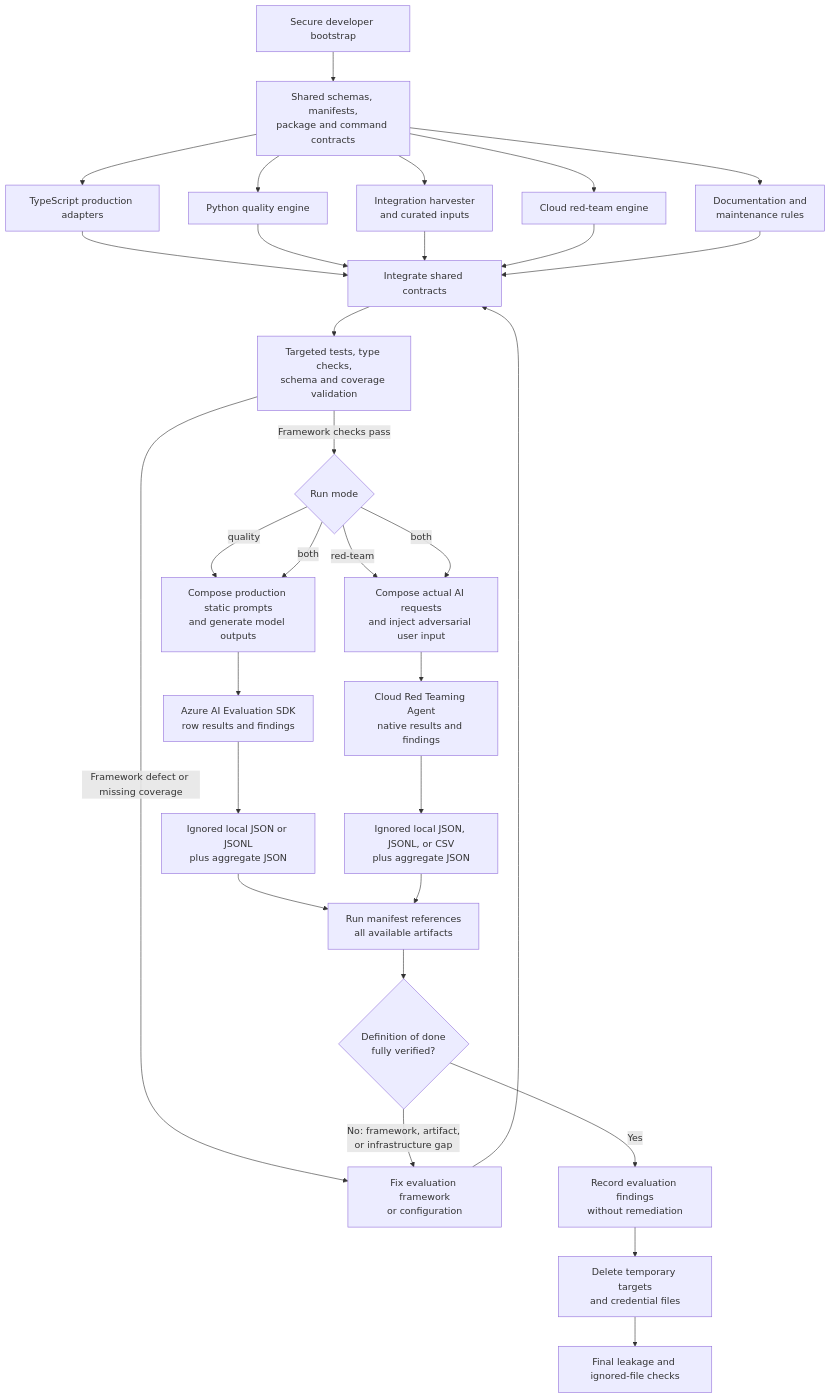
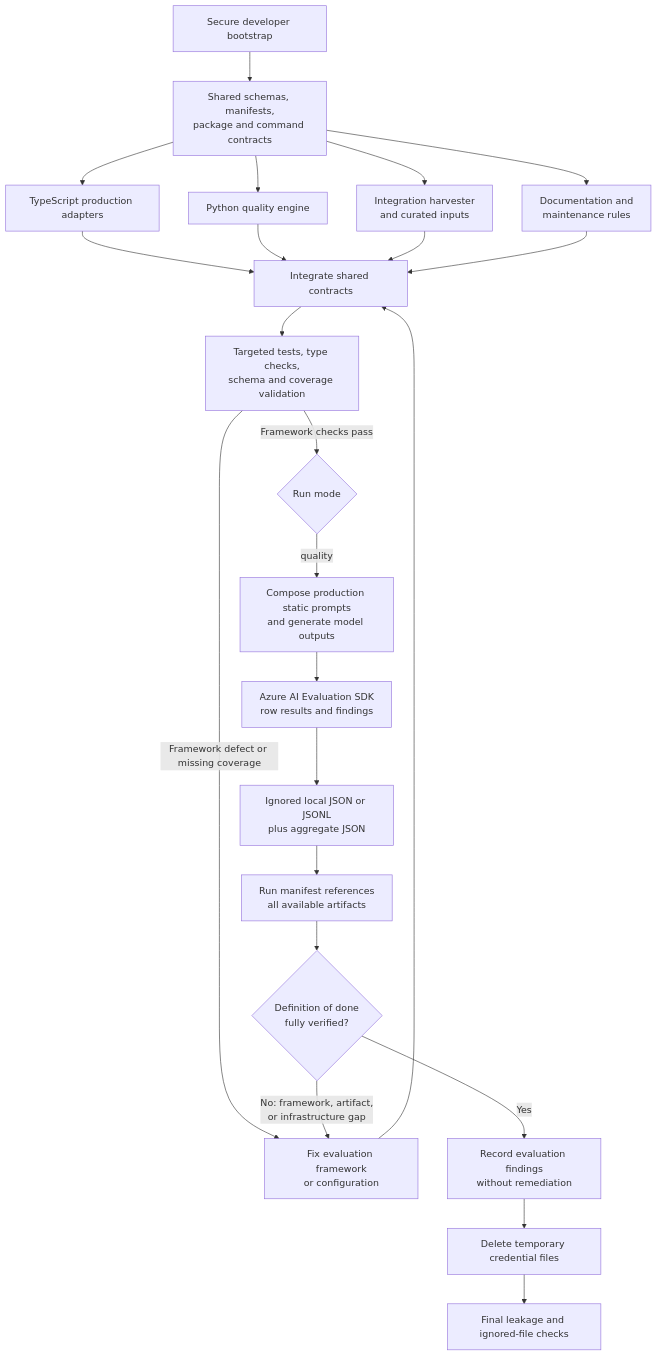
The diagram in docs/architecture/prompt-evaluations.md (cedricvidal/scope), drawn with Mermaid before and after one commit. The commit also changed other lines of this file and 4 other files, not shown here.

First line of the commit message:
docs(evals): document quality-only scope after red-team extraction

````diff
--- a/docs/architecture/prompt-evaluations.md
+++ b/docs/architecture/prompt-evaluations.md
@@ -88,40 +64,32 @@
 ```mermaid
 flowchart TD
     A[Secure developer bootstrap] --> B[Shared schemas, manifests,<br/>package and command contracts]
 
     B --> C1[TypeScript production adapters]
     B --> C2[Python quality engine]
     B --> C3[Integration harvester<br/>and curated inputs]
-    B --> C4[Cloud red-team engine]
     B --> C5[Documentation and<br/>maintenance rules]
 
     C1 --> D[Integrate shared contracts]
     C2 --> D
     C3 --> D
-    C4 --> D
     C5 --> D
 
     D --> E[Targeted tests, type checks,<br/>schema and coverage validation]
     E -->|Framework defect or missing coverage| F[Fix evaluation framework<br/>or configuration]
     F --> D
 
     E -->|Framework checks pass| G{Run mode}
     G -->|quality| H[Compose production static prompts<br/>and generate model outputs]
-    G -->|red-team| I[Compose actual AI requests<br/>and inject adversarial user input]
-    G -->|both| H
-    G -->|both| I
 
     H --> J[Azure AI Evaluation SDK<br/>row results and findings]
-    I --> K[Cloud Red Teaming Agent<br/>native results and findings]
 
     J --> L[Ignored local JSON or JSONL<br/>plus aggregate JSON]
-    K --> M[Ignored local JSON, JSONL, or CSV<br/>plus aggregate JSON]
     L --> N[Run manifest references<br/>all available artifacts]
-    M --> N
 
     N --> O{Definition of done<br/>fully verified?}
     O -->|No: framework, artifact,<br/>or infrastructure gap| F
     O -->|Yes| P[Record evaluation findings<br/>without remediation]
-    P --> Q[Delete temporary targets<br/>and credential files]
+    P --> Q[Delete temporary credential files]
     Q --> R[Final leakage and ignored-file checks]
 ```
````
